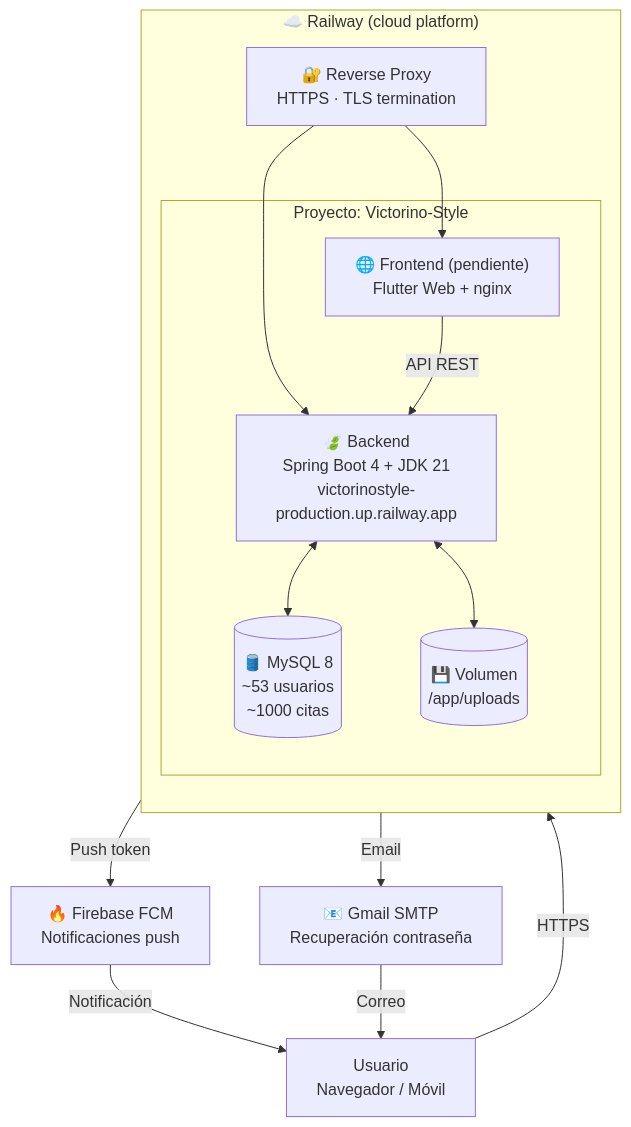
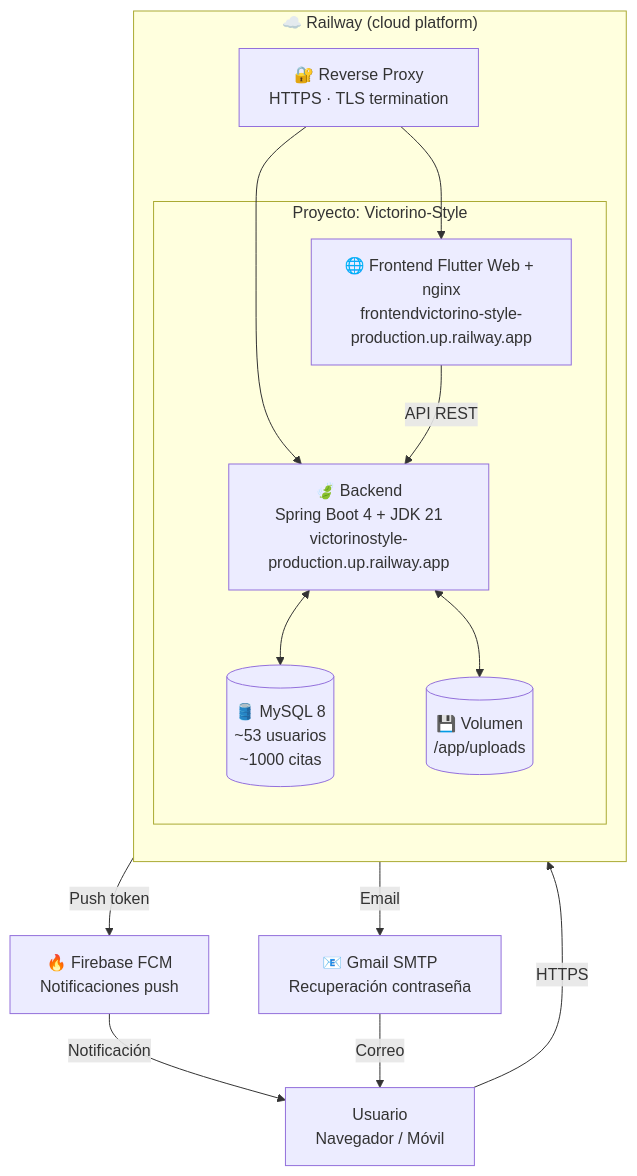
The first of 2 diagrams in documentacion/guia-despliegue-railway.md (KevinFlow-ai/Victorino_Style), drawn with Mermaid before and after one commit. The commit also changed other lines of this file, not shown here.

````diff
--- a/documentacion/guia-despliegue-railway.md
+++ b/documentacion/guia-despliegue-railway.md
@@ -254,30 +295,30 @@
 ```mermaid
 flowchart TB
     User[Usuario<br/>Navegador / Móvil]
 
     subgraph Railway["☁️ Railway (cloud platform)"]
         direction TB
         Proxy[🔐 Reverse Proxy<br/>HTTPS · TLS termination]
 
         subgraph Project["Proyecto: Victorino-Style"]
             Backend["🍃 Backend<br/>Spring Boot 4 + JDK 21<br/>victorinostyle-production.up.railway.app"]
-            Frontend["🌐 Frontend (pendiente)<br/>Flutter Web + nginx"]
+            Frontend["🌐 Frontend Flutter Web + nginx<br/>frontendvictorino-style-production.up.railway.app"]
             MySQL[("🛢️ MySQL 8<br/>~53 usuarios<br/>~1000 citas")]
             Volume[("💾 Volumen<br/>/app/uploads")]
         end
     end
 
     Firebase["🔥 Firebase FCM<br/>Notificaciones push"]
     Gmail["📧 Gmail SMTP<br/>Recuperación contraseña"]
 
     User -->|HTTPS| Proxy
     Proxy --> Backend
     Proxy --> Frontend
     Frontend -->|API REST| Backend
     Backend <--> MySQL
     Backend <--> Volume
     Backend -->|Push token| Firebase
     Backend -->|Email| Gmail
     Firebase -->|Notificación| User
     Gmail -->|Correo| User
 ```
````
